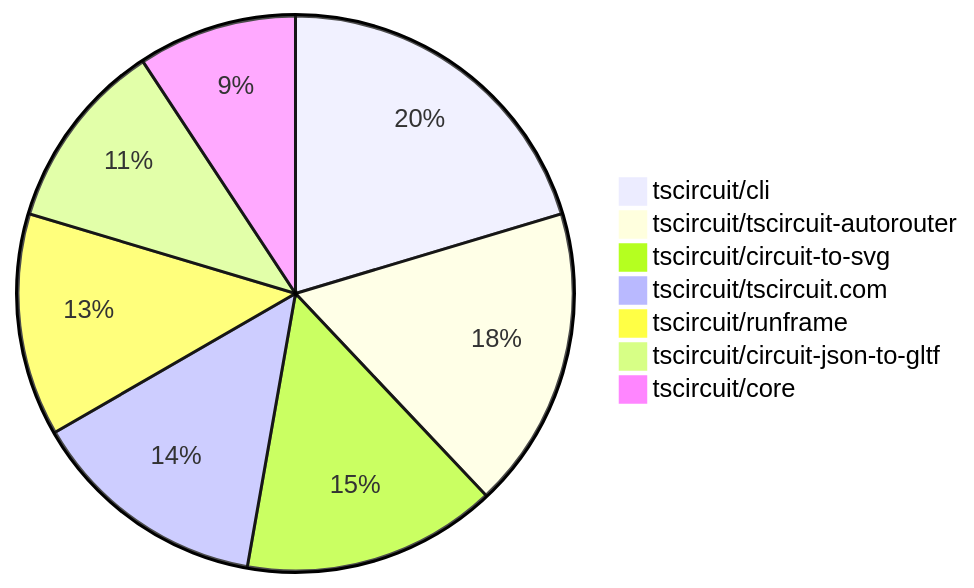
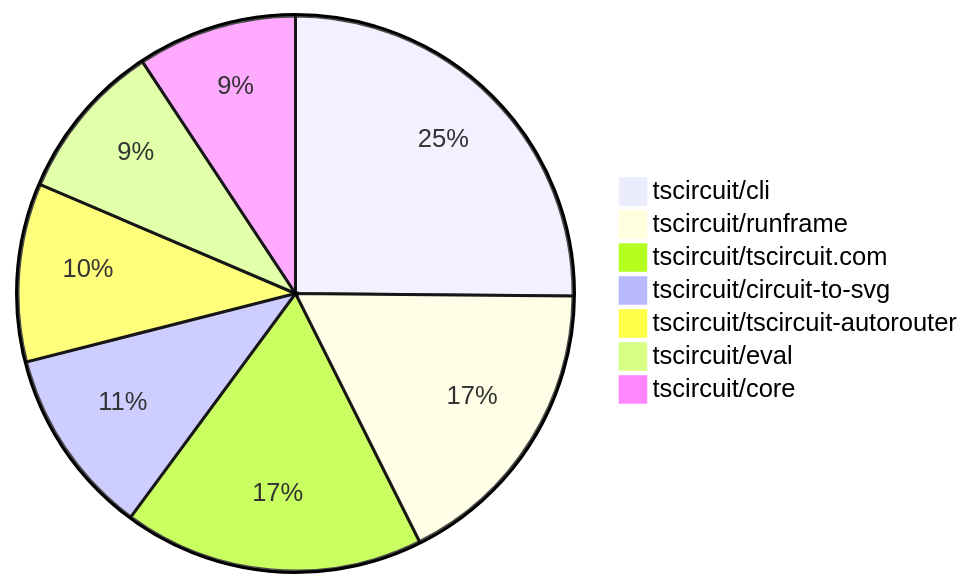
Before and after one commit to tscircuit/contribution-tracker: the second of 2 diagrams in README.md, drawn with Mermaid. The commit also changed other lines of this file and 3 other files, not shown here.

````diff
--- a/README.md
+++ b/README.md
@@ -110,10 +117,10 @@
 ```mermaid
 pie
-    "tscircuit/cli" : 22
+    "tscircuit/cli" : 46
+    "tscircuit/runframe" : 32
+    "tscircuit/tscircuit.com" : 32
+    "tscircuit/circuit-to-svg" : 20
     "tscircuit/tscircuit-autorouter" : 19
-    "tscircuit/circuit-to-svg" : 16
-    "tscircuit/tscircuit.com" : 15
-    "tscircuit/runframe" : 14
-    "tscircuit/circuit-json-to-gltf" : 12
-    "tscircuit/core" : 10
+    "tscircuit/eval" : 17
+    "tscircuit/core" : 17
 ```
````
